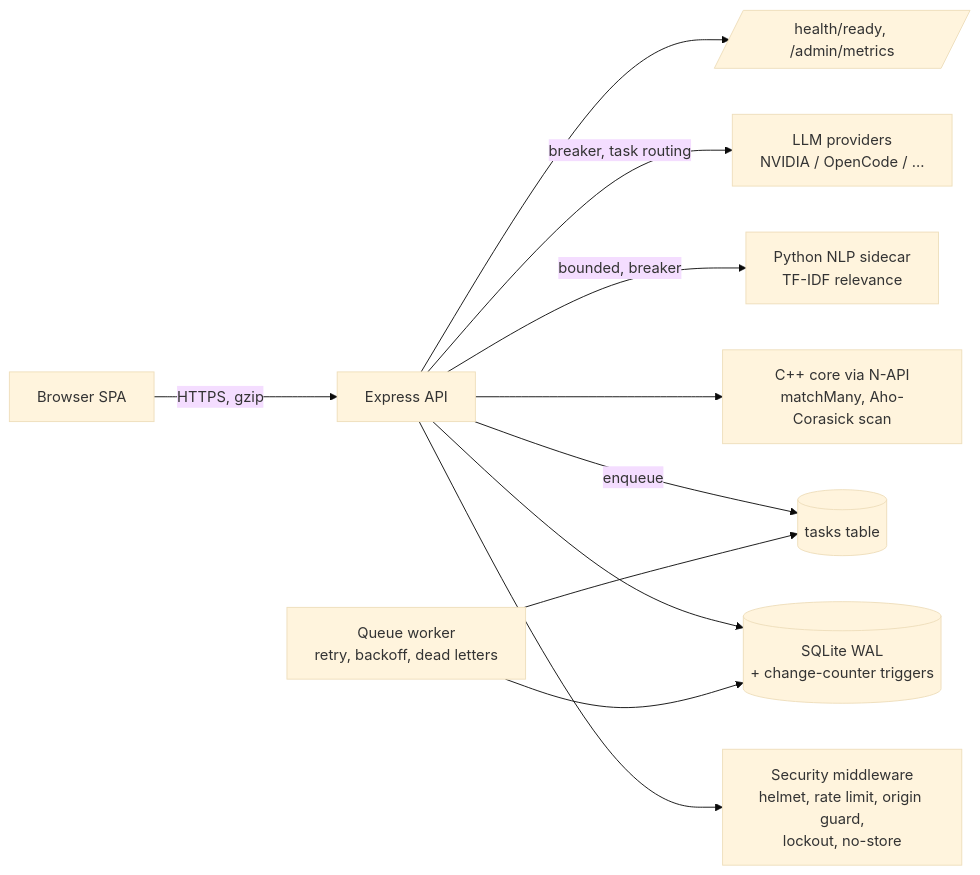
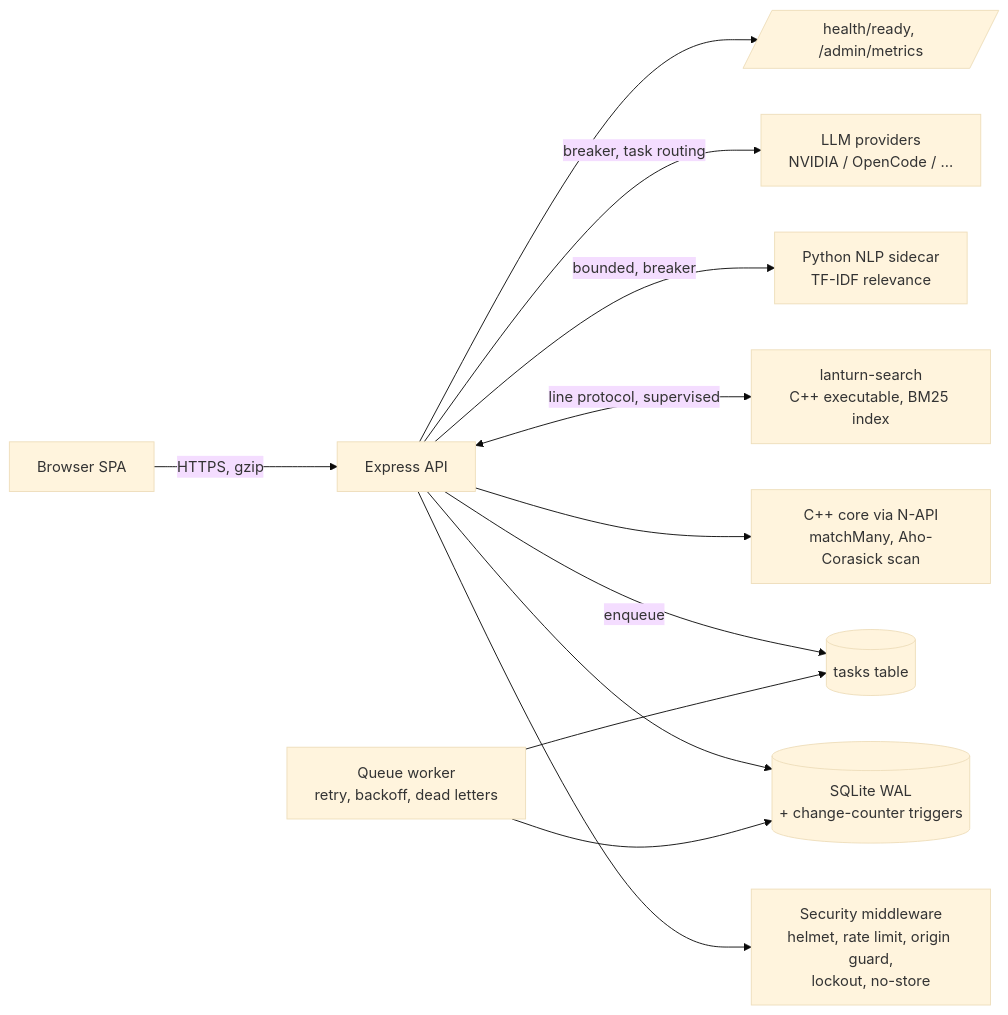
Before and after one commit to SAITANUSH7/LanTURN: the diagram in docs/ARCHITECTURE.md, drawn with Mermaid (base theme). The commit also changed other lines of this file and 8 other files, not shown here.

First line of the commit message:
C++ search executable: ranked BM25 job search, supervised child process with SQL fallback

````diff
--- a/docs/ARCHITECTURE.md
+++ b/docs/ARCHITECTURE.md
@@ -28,13 +28,14 @@
 ```mermaid
 flowchart LR
   B[Browser SPA] -->|HTTPS, gzip| A[Express API]
   A --> MW[Security middleware<br/>helmet, rate limit, origin guard,<br/>lockout, no-store]
   A --> DB[(SQLite WAL<br/>+ change-counter triggers)]
   A -->|enqueue| Q[(tasks table)]
   W[Queue worker<br/>retry, backoff, dead letters] --> Q
   W --> DB
   A --> C[C++ core via N-API<br/>matchMany, Aho-Corasick scan]
+  A <-->|line protocol, supervised| S[lanturn-search<br/>C++ executable, BM25 index]
   A -->|bounded, breaker| P[Python NLP sidecar<br/>TF-IDF relevance]
   A -->|breaker, task routing| L[LLM providers<br/>NVIDIA / OpenCode / ...]
   A --> O[/health/ready, /admin/metrics/]
 ```
````
